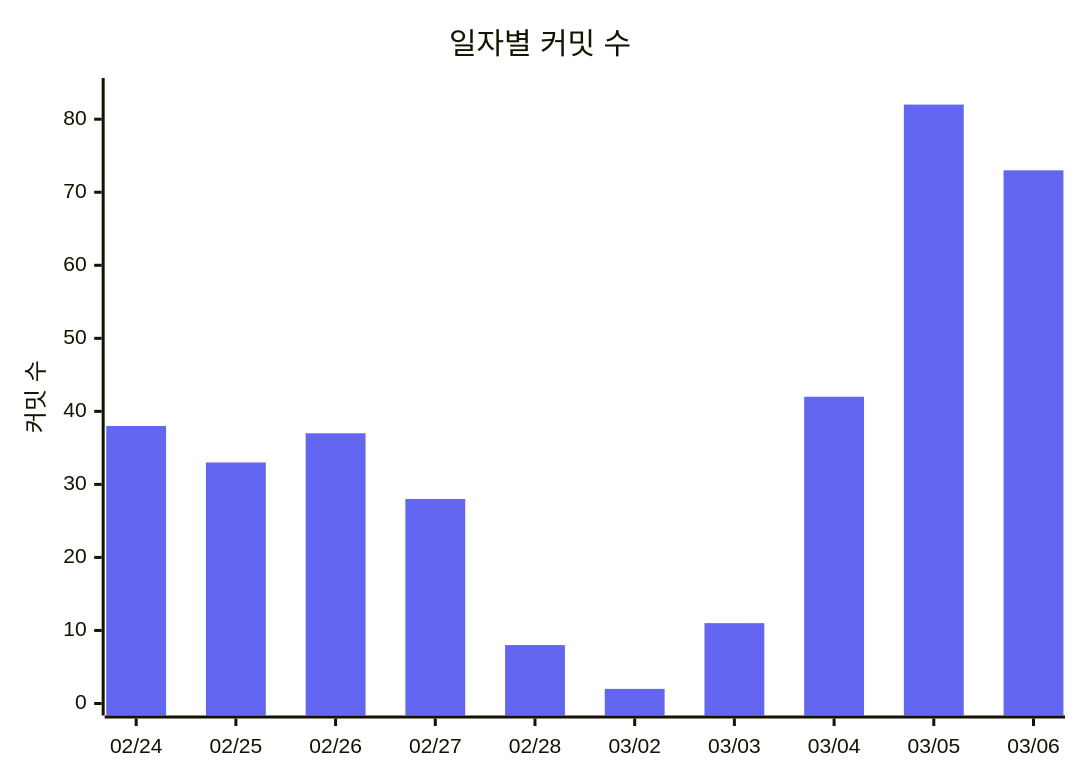
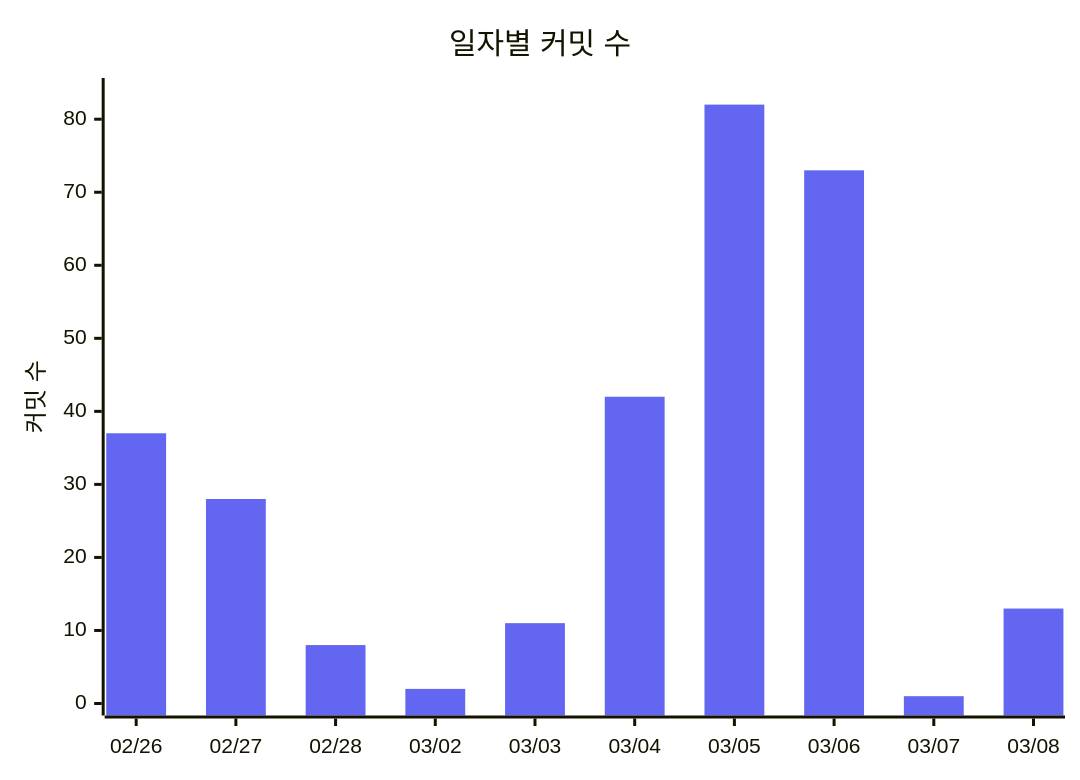
The fourth of 4 diagrams in README.md (3rd-project-team-1/ALYAC-market-team1), drawn with Mermaid before and after one commit. The commit also changed other lines of this file, not shown here.

Commit message:
docs: 커밋 활동 차트 자동 업데이트 [skip ci]

````diff
--- a/README.md
+++ b/README.md
@@ -452,12 +452,12 @@
 ```mermaid
 %%{init: { 'theme': 'base', 'themeVariables': {
   'xyChart': {
     'plotColorPalette': '#6366f1'
   }
 } } }%%
 xychart-beta
   title "일자별 커밋 수"
-  x-axis ["02/24", "02/25", "02/26", "02/27", "02/28", "03/02", "03/03", "03/04", "03/05", "03/06"]
+  x-axis ["02/26", "02/27", "02/28", "03/02", "03/03", "03/04", "03/05", "03/06", "03/07", "03/08"]
   y-axis "커밋 수" 0 --> 84
-  bar [38, 33, 37, 28, 8, 2, 11, 42, 82, 73]
+  bar [37, 28, 8, 2, 11, 42, 82, 73, 1, 13]
 ```
````
